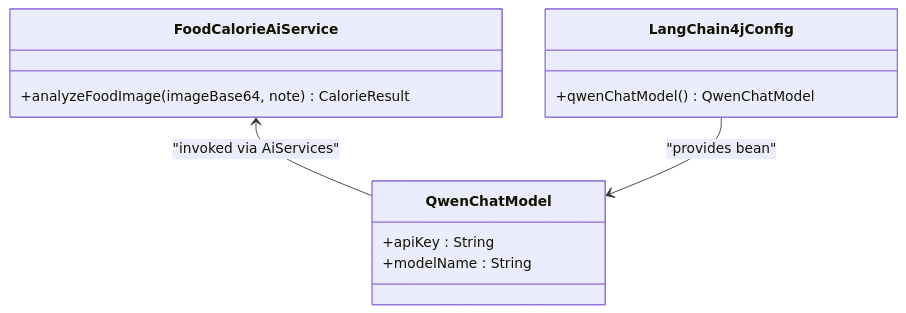
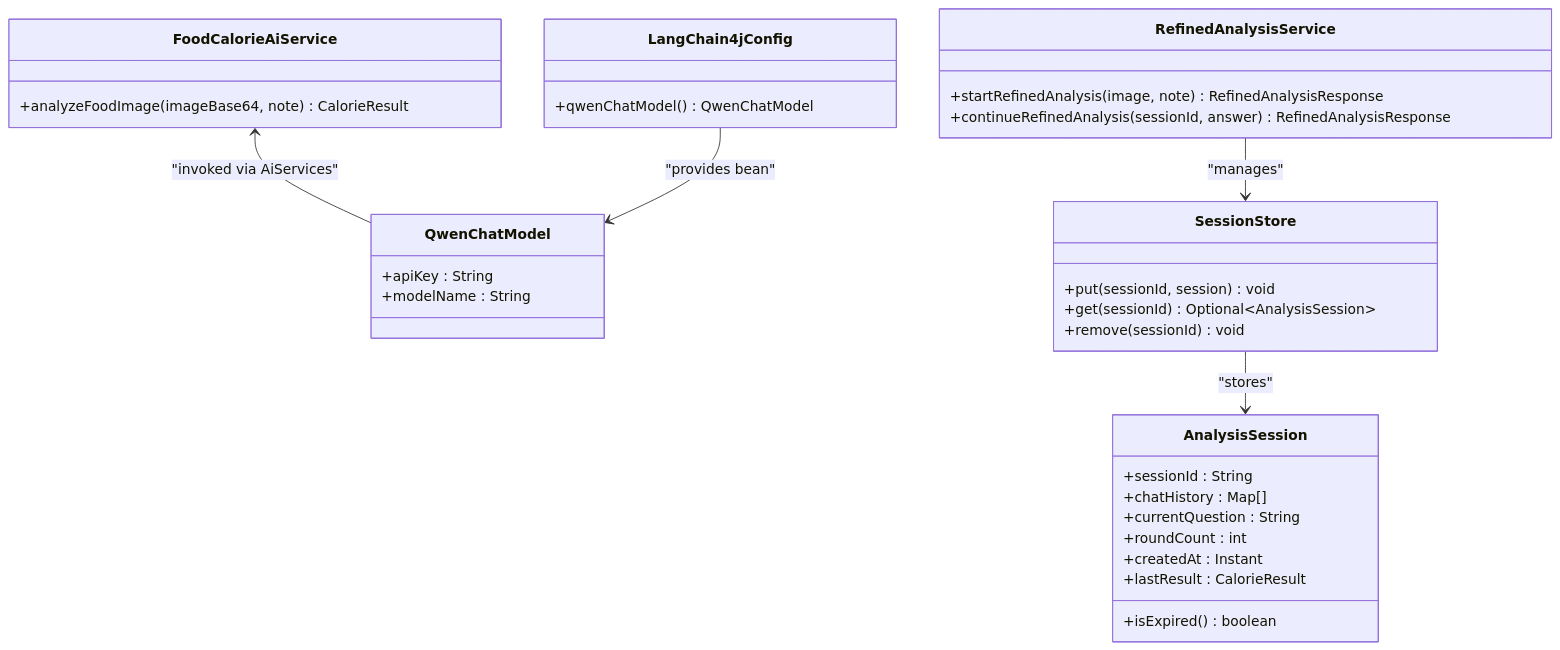
The sixth of 11 diagrams in .qoder/repowiki/en/content/Business Logic Architecture.md (Meng-hh/heat_calculate), drawn with Mermaid before and after one commit. The commit also changed other lines of this file and 25 other files, not shown here.

````diff
--- a/.qoder/repowiki/en/content/Business Logic Architecture.md
+++ b/.qoder/repowiki/en/content/Business Logic Architecture.md
@@ -233,15 +347,35 @@
 ```mermaid
 classDiagram
 class FoodCalorieAiService {
 +analyzeFoodImage(imageBase64, note) CalorieResult
 }
 class QwenChatModel {
 +apiKey : String
 +modelName : String
 }
 class LangChain4jConfig {
 +qwenChatModel() QwenChatModel
 }
+class RefinedAnalysisService {
++startRefinedAnalysis(image, note) RefinedAnalysisResponse
++continueRefinedAnalysis(sessionId, answer) RefinedAnalysisResponse
+}
+class SessionStore {
++put(sessionId, session) void
++get(sessionId) Optional~AnalysisSession~
++remove(sessionId) void
+}
+class AnalysisSession {
++sessionId : String
++chatHistory : Map[]
++currentQuestion : String
++roundCount : int
++createdAt : Instant
++lastResult : CalorieResult
++isExpired() boolean
+}
 FoodCalorieAiService <-- QwenChatModel : "invoked via AiServices"
 LangChain4jConfig --> QwenChatModel : "provides bean"
+RefinedAnalysisService --> SessionStore : "manages"
+SessionStore --> AnalysisSession : "stores"
 ```
````
